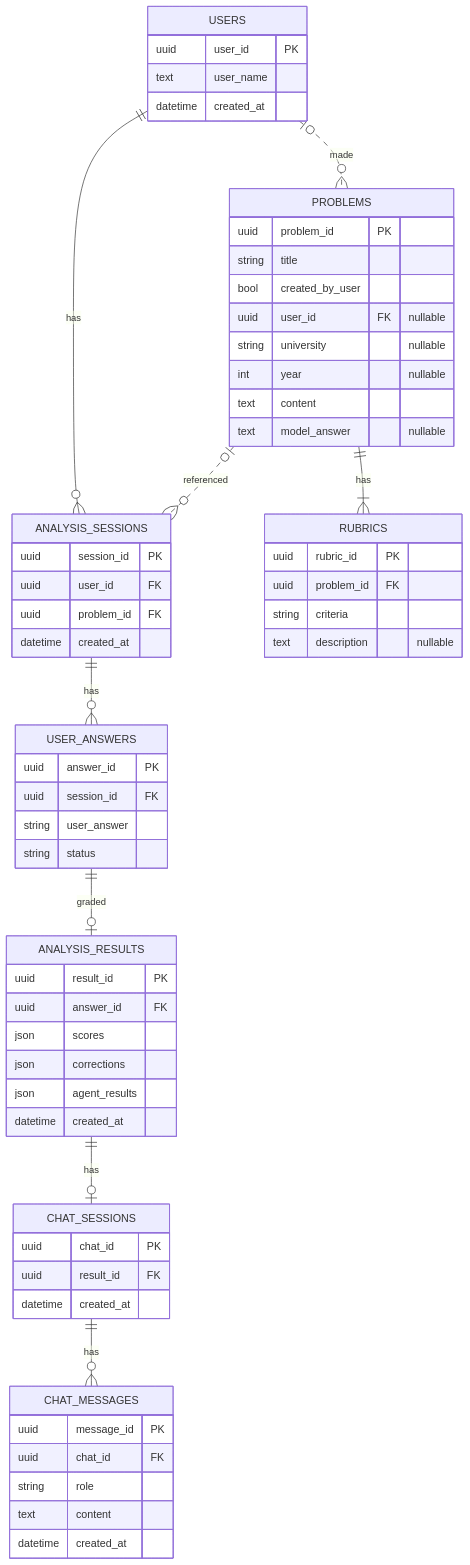
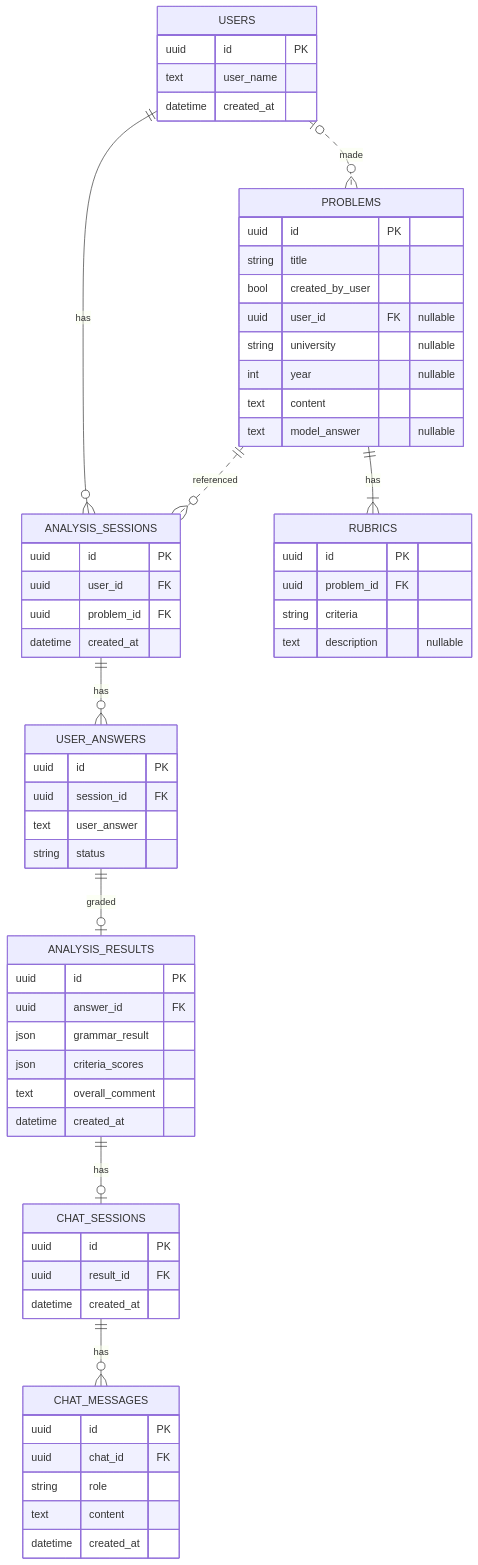
Before and after one commit to bookyoulove/paragraphy: the diagram in 설계문서/ERD.md, drawn with Mermaid. The commit also changed 42 other files, not shown here.

````diff
--- a/설계문서/ERD.md
+++ b/설계문서/ERD.md
@@ -1,72 +1,72 @@
 ```mermaid
 erDiagram
     USERS ||--o{ ANALYSIS_SESSIONS : has
     USERS |o..o{ PROBLEMS : made
     PROBLEMS ||--|{ RUBRICS : has
     ANALYSIS_SESSIONS ||--o{ USER_ANSWERS : has
     USER_ANSWERS ||--o| ANALYSIS_RESULTS : graded
-    PROBLEMS |o..o{ ANALYSIS_SESSIONS : referenced
+    PROBLEMS ||..o{ ANALYSIS_SESSIONS : referenced
     ANALYSIS_RESULTS ||--o| CHAT_SESSIONS : has
     CHAT_SESSIONS ||--o{ CHAT_MESSAGES : has
 
     USERS {
-        uuid user_id PK
+        uuid id PK
         text user_name
         datetime created_at
     }
 
     PROBLEMS {
-        uuid problem_id PK
+        uuid id PK
         string title
         bool created_by_user
         uuid user_id FK "nullable"
         string university "nullable"
         int year "nullable"
         text content
         text model_answer "nullable"
     }
 
     RUBRICS {
-        uuid rubric_id PK
+        uuid id PK
         uuid problem_id FK
         string criteria
         text description "nullable"
     }
 
     ANALYSIS_SESSIONS {
-        uuid session_id PK
+        uuid id PK
         uuid user_id FK
         uuid problem_id FK
         datetime created_at
     }
 
     USER_ANSWERS {
-        uuid answer_id PK
+        uuid id PK
         uuid session_id FK
-        string user_answer
+        text user_answer
         string status
     }
 
     ANALYSIS_RESULTS {
-        uuid result_id PK
+        uuid id PK
         uuid answer_id FK
-        json scores
-        json corrections
-        json agent_results
+        json grammar_result
+        json criteria_scores
+        text overall_comment
         datetime created_at
     }
 
     CHAT_SESSIONS {
-        uuid chat_id PK
+        uuid id PK
         uuid result_id FK
         datetime created_at
     }
 
     CHAT_MESSAGES {
-        uuid message_id PK
+        uuid id PK
         uuid chat_id FK
         string role
         text content
         datetime created_at
     }
 ```
````
